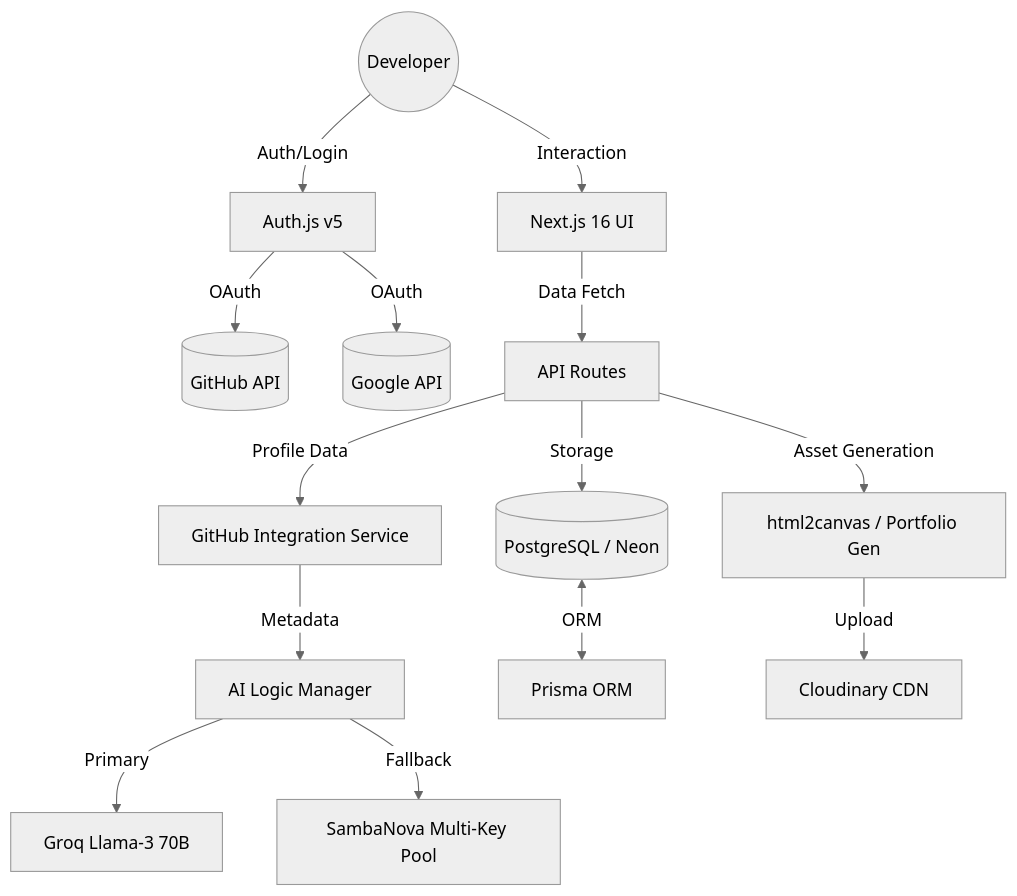
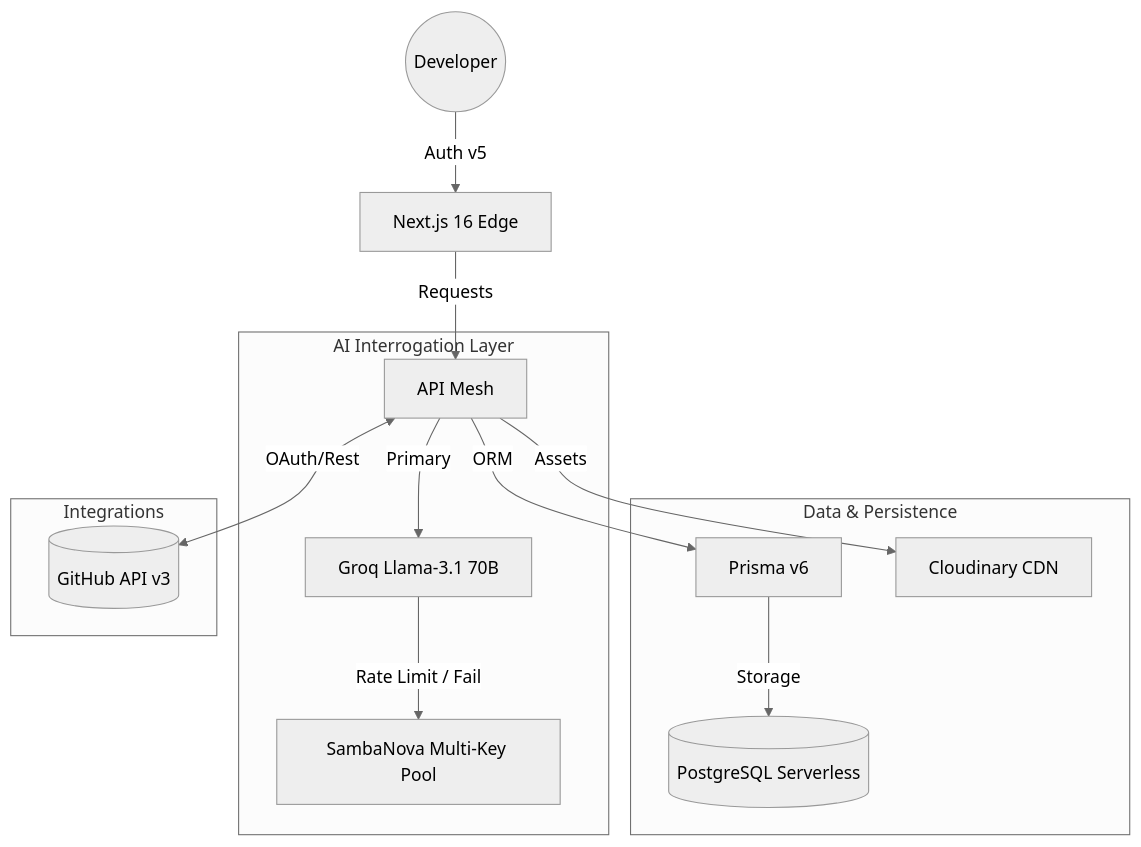
Before and after one commit to Ashwinjauhary/DevRoast-Ai: the diagram in README.md, drawn with Mermaid (neutral theme). The commit also changed other lines of this file, not shown here.

Commit message:
docs: ultra-comprehensive technical documentation with er-diagram and api-ref

````diff
--- a/README.md
+++ b/README.md
@@ -23,21 +25,20 @@
 ```mermaid
 graph TD
-    User((Developer)) -->|Auth/Login| Auth[Auth.js v5]
-    Auth -->|OAuth| GitHub[(GitHub API)]
-    Auth -->|OAuth| Google[(Google API)]
+    User((Developer)) -->|Auth v5| App[Next.js 16 Edge]
+    App -->|Requests| API[API Mesh]
     
-    User -->|Interaction| FE[Next.js 16 UI]
-    FE -->|Data Fetch| API[API Routes]
+    subgraph "AI Interrogation Layer"
+        API -->|Primary| Groq[Groq Llama-3.1 70B]
+        Groq -->|Rate Limit / Fail| SN[SambaNova Multi-Key Pool]
+    end
     
-    API -->|Profile Data| GH[GitHub Integration Service]
-    GH -->|Metadata| AI_Engine[AI Logic Manager]
+    subgraph "Data & Persistence"
+        API -->|ORM| Prisma[Prisma v6]
+        Prisma -->|Storage| Neon[(PostgreSQL Serverless)]
+        API -->|Assets| CD[Cloudinary CDN]
+    end
     
-    AI_Engine -->|Primary| Groq[Groq Llama-3 70B]
-    AI_Engine -->|Fallback| SambaNova[SambaNova Multi-Key Pool]
-    
-    API -->|Storage| DB[(PostgreSQL / Neon)]
-    DB <-->|ORM| Prisma[Prisma ORM]
-    
-    API -->|Asset Generation| Img[html2canvas / Portfolio Gen]
-    Img -->|Upload| CD[Cloudinary CDN]
+    subgraph "Integrations"
+        API <-->|OAuth/Rest| GH[(GitHub API v3)]
+    end
 ```
````
